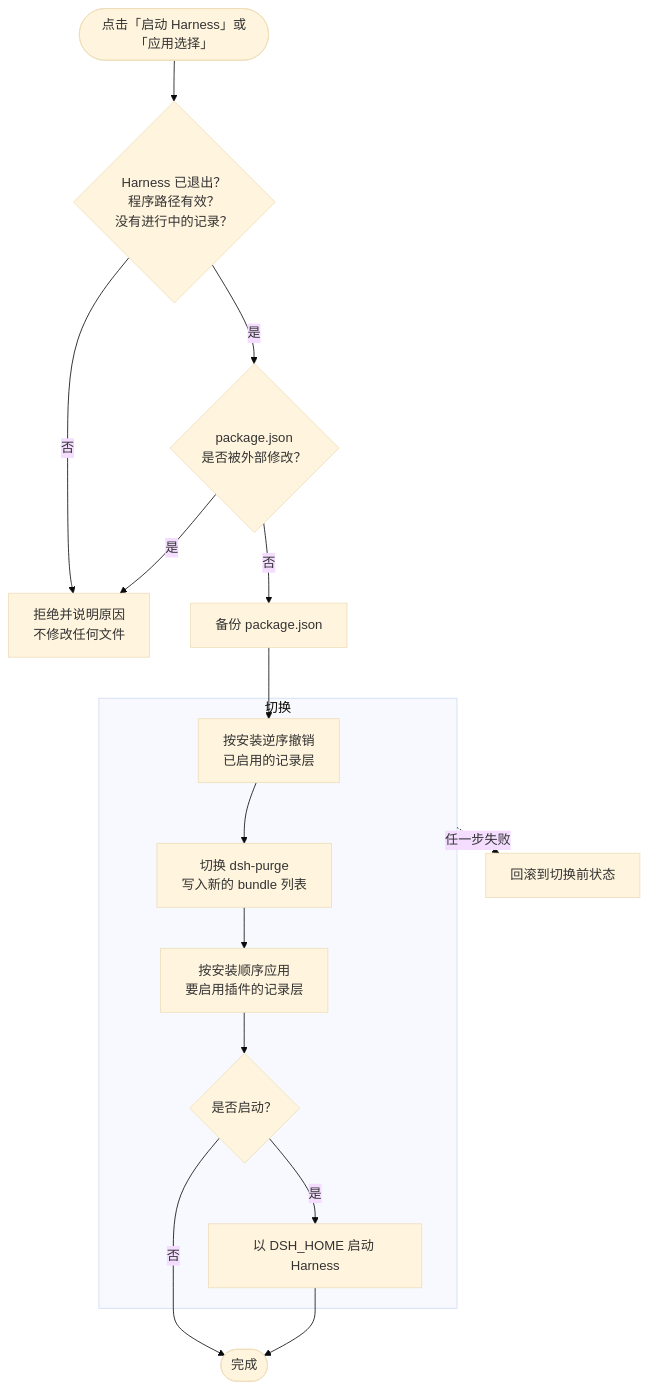
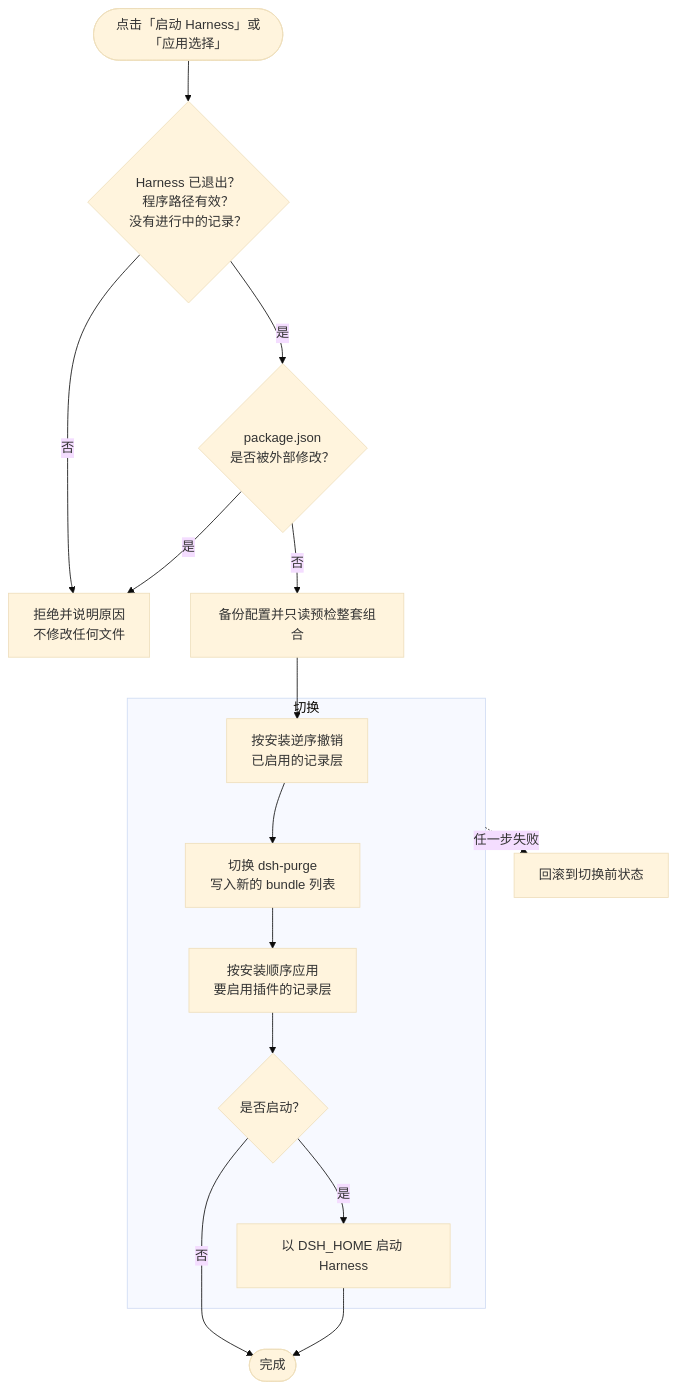
The first of 2 diagrams in README.md (schrieeeffer/harness-launcher), drawn with Mermaid (base theme) before and after one commit. The commit also changed other lines of this file and 26 other files, not shown here.

````diff
--- a/README.md
+++ b/README.md
@@ -402,18 +422,18 @@
 ```mermaid
 flowchart TD
     A([点击「启动 Harness」或「应用选择」]) --> B{Harness 已退出？<br/>程序路径有效？<br/>没有进行中的记录？}
     B -- 否 --> X[拒绝并说明原因<br/>不修改任何文件]
     B -- 是 --> C{package.json<br/>是否被外部修改？}
     C -- 是 --> X
-    C -- 否 --> D[备份 package.json]
+    C -- 否 --> D[备份配置并只读预检整套组合]
     D --> E
     subgraph S [切换]
         E[按安装逆序撤销<br/>已启用的记录层] --> F[切换 dsh-purge<br/>写入新的 bundle 列表]
         F --> G[按安装顺序应用<br/>要启用插件的记录层]
         G --> H{是否启动？}
         H -- 是 --> I[以 DSH_HOME 启动 Harness]
     end
     H -- 否 --> J([完成])
     I --> J
     S -. 任一步失败 .-> R[回滚到切换前状态]
 ```
````
